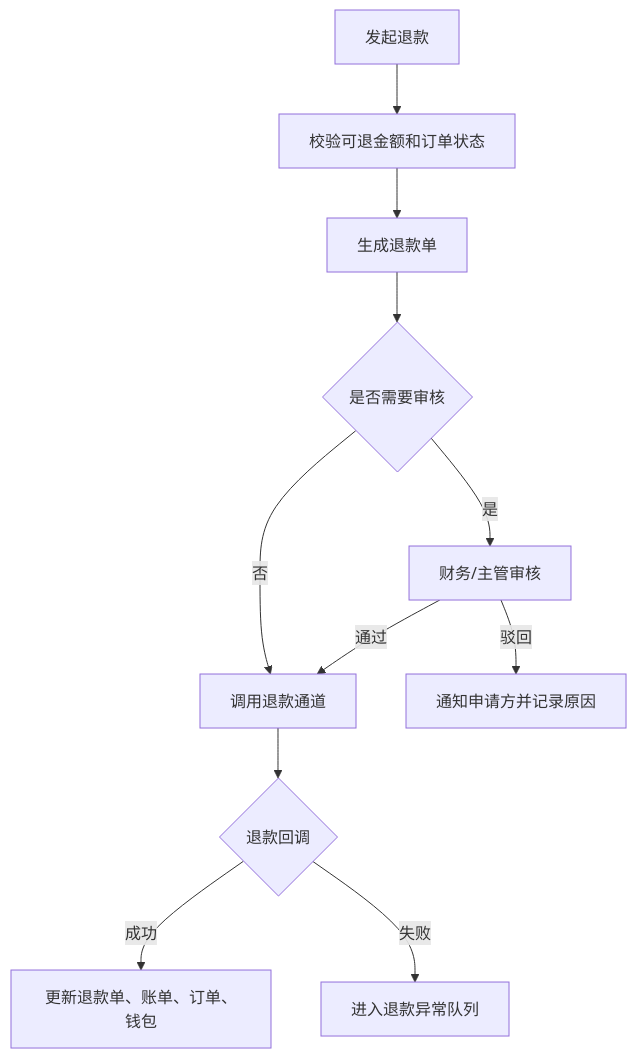
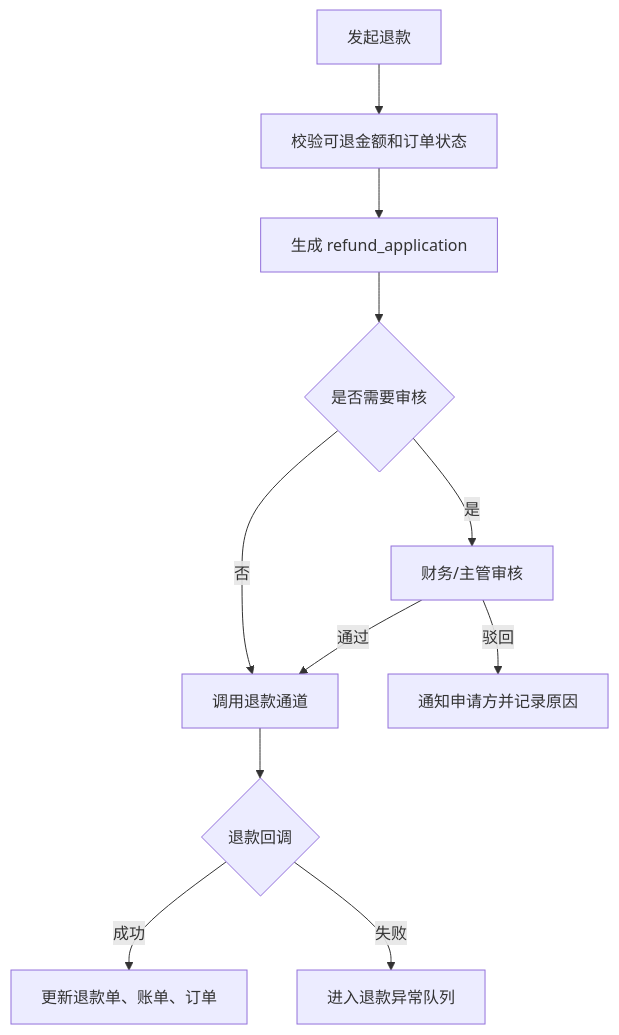
The diagram in PRD/V0.2/modules/运营端/订单管理/05_订单关闭退款与售后.md (joezjyan-bot/mandian-prd), drawn with Mermaid before and after one commit. The commit also changed other lines of this file, not shown here.

````diff
--- a/PRD/V0.2/modules/运营端/订单管理/05_订单关闭退款与售后.md
+++ b/PRD/V0.2/modules/运营端/订单管理/05_订单关闭退款与售后.md
@@ -122,13 +146,13 @@
 ```mermaid
 flowchart TD
     A["发起退款"] --> B["校验可退金额和订单状态"]
-    B --> C["生成退款单"]
+    B --> C["生成 refund_application"]
     C --> D{"是否需要审核"}
     D -->|是| E["财务/主管审核"]
     D -->|否| F["调用退款通道"]
     E -->|通过| F
     E -->|驳回| G["通知申请方并记录原因"]
     F --> H{"退款回调"}
-    H -->|成功| I["更新退款单、账单、订单、钱包"]
+    H -->|成功| I["更新退款单、账单、订单"]
     H -->|失败| J["进入退款异常队列"]
 ```
````
